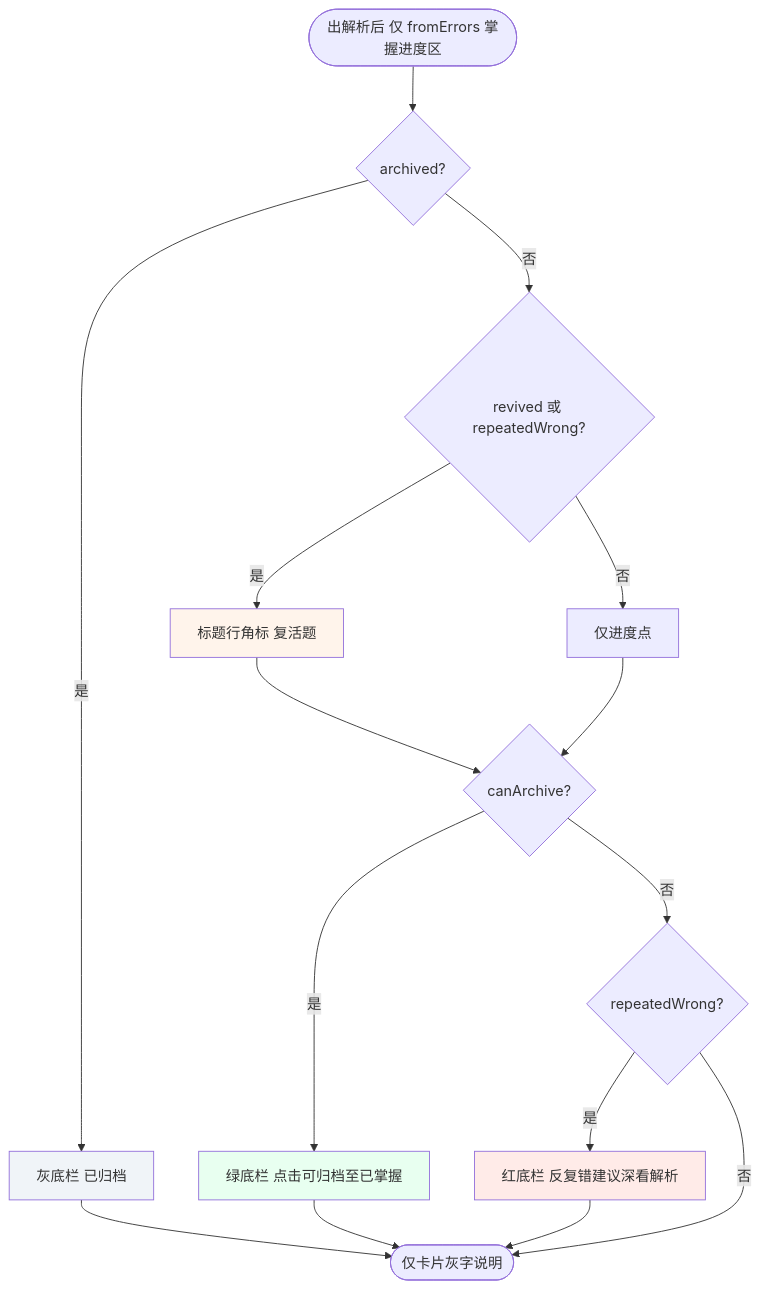
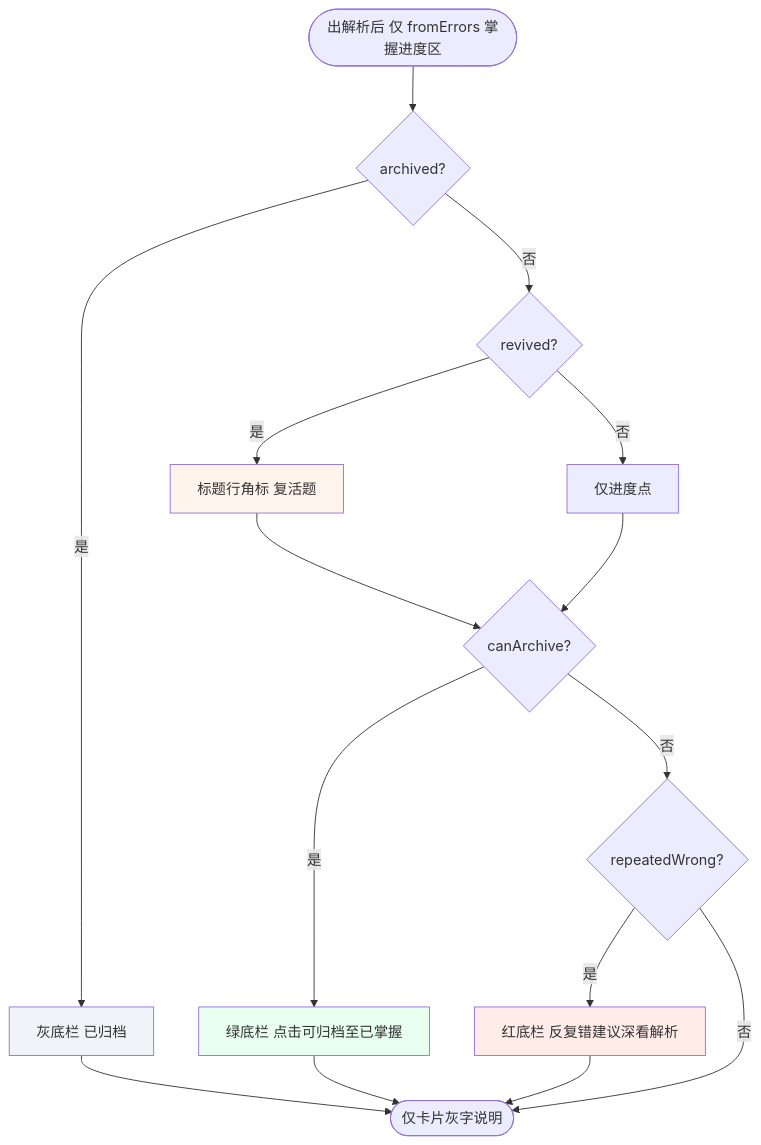
The fifth of 6 diagrams in docs/iiqe-feature-specs/FOCO_错题本-复活题与反复错说明.md (qingqingwu01official/foco-iiqe), drawn with Mermaid before and after one commit. The commit also changed other lines of this file and 6 other files, not shown here.

````diff
--- a/docs/iiqe-feature-specs/FOCO_错题本-复活题与反复错说明.md
+++ b/docs/iiqe-feature-specs/FOCO_错题本-复活题与反复错说明.md
@@ -211,22 +233,22 @@
 ```mermaid
 flowchart TD
     Start([出解析后 仅 fromErrors 掌握进度区]) --> A{archived?}
     A -->|是| Gray[灰底栏 已归档]
-    A -->|否| B{revived 或 repeatedWrong?}
+    A -->|否| B{revived?}
     B -->|是| Badge[标题行角标 复活题]
     B -->|否| C[仅进度点]
     Badge --> D{canArchive?}
     C --> D
     D -->|是| Green[绿底栏 点击可归档至已掌握]
     D -->|否| E{repeatedWrong?}
     E -->|是| Red[红底栏 反复错建议深看解析]
     E -->|否| End([仅卡片灰字说明])
     Green --> End
     Red --> End
     Gray --> End
 
     style Green fill:#e8fff0
     style Red fill:#ffebe8
     style Gray fill:#f0f4f8
     style Badge fill:#fff4eb
 ```
````
